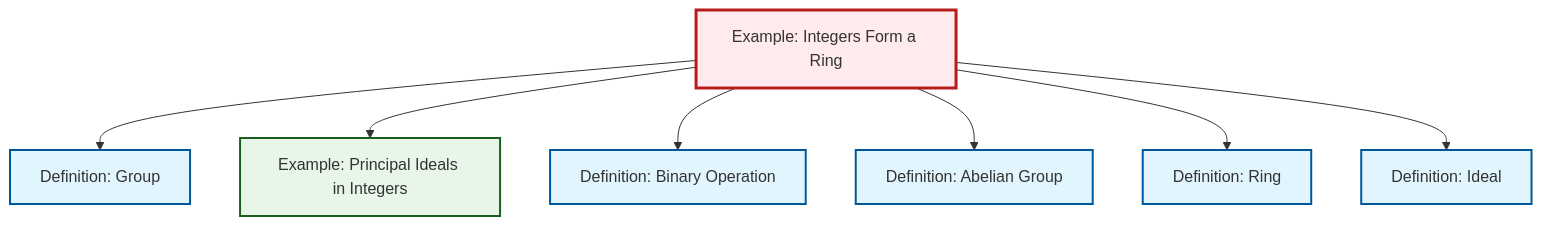
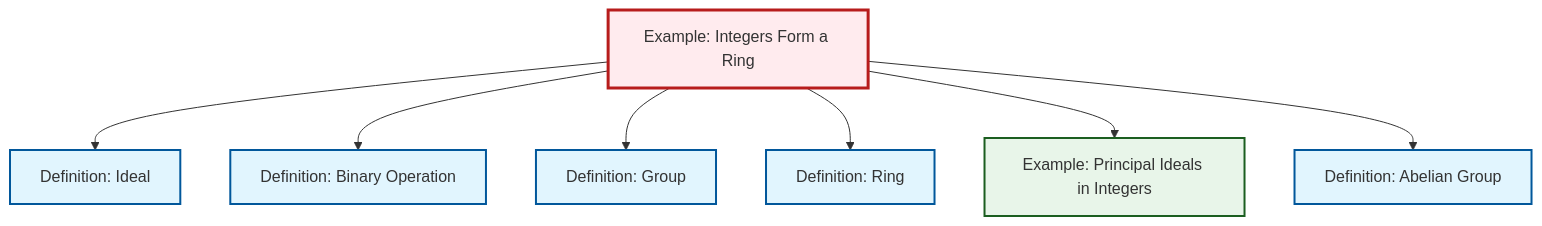
Before and after one commit to RK0429/ModernMath: the diagram in content/en/algebra/ex-integers-ring.qmd, drawn with Mermaid. The commit also changed other lines of this file and 554 other files, not shown here.

````diff
--- a/content/en/algebra/ex-integers-ring.qmd
+++ b/content/en/algebra/ex-integers-ring.qmd
@@ -64,29 +64,29 @@
 ```{mermaid}
 %%| fig-cap: "Local dependency graph"
 graph TD
     classDef definition fill:#e1f5fe,stroke:#01579b,stroke-width:2px
     classDef theorem fill:#f3e5f5,stroke:#4a148c,stroke-width:2px
     classDef axiom fill:#fff3e0,stroke:#e65100,stroke-width:2px
     classDef example fill:#e8f5e9,stroke:#1b5e20,stroke-width:2px
     classDef current fill:#ffebee,stroke:#b71c1c,stroke-width:3px
+    def-ring["Definition: Ring"]:::definition
+    ex-principal-ideal["Example: Principal Ideals in Integers"]:::example
     def-ideal["Definition: Ideal"]:::definition
     def-abelian-group["Definition: Abelian Group"]:::definition
     def-group["Definition: Group"]:::definition
     ex-integers-ring["Example: Integers Form a Ring"]:::example
     def-binary-operation["Definition: Binary Operation"]:::definition
-    def-ring["Definition: Ring"]:::definition
-    ex-principal-ideal["Example: Principal Ideals in Integers"]:::example
+    ex-integers-ring --> def-ideal
+    ex-integers-ring --> def-binary-operation
     ex-integers-ring --> def-group
+    ex-integers-ring --> def-ring
     ex-integers-ring --> ex-principal-ideal
-    ex-integers-ring --> def-binary-operation
     ex-integers-ring --> def-abelian-group
-    ex-integers-ring --> def-ring
-    ex-integers-ring --> def-ideal
     class ex-integers-ring current
+    click def-ring "def-ring.html" "Go to Ring definition"
+    click ex-principal-ideal "ex-principal-ideal.html" "Go to Principal Ideals in Integers example"
     click def-ideal "def-ideal.html" "Go to Ideal definition"
     click def-abelian-group "def-abelian-group.html" "Go to Abelian Group definition"
     click def-group "def-group.html" "Go to Group definition"
     click def-binary-operation "def-binary-operation.html" "Go to Binary Operation definition"
-    click def-ring "def-ring.html" "Go to Ring definition"
-    click ex-principal-ideal "ex-principal-ideal.html" "Go to Principal Ideals in Integers example"
 ```
````
